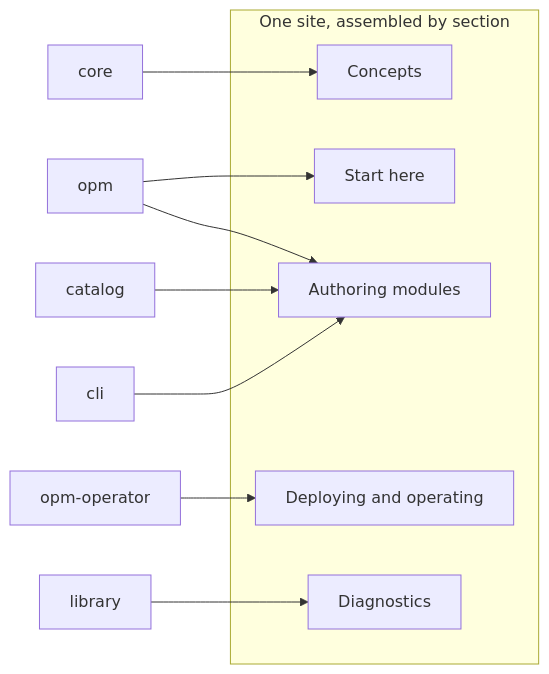
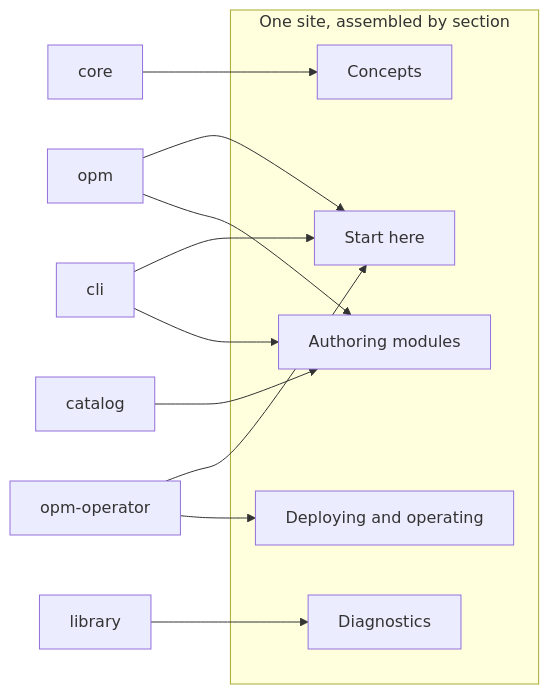
The diagram in 0018/02-design.md (open-platform-model/enhancements), drawn with Mermaid before and after one commit. The commit also changed other lines of this file and 2 other files, not shown here.

Commit message:
docs(0018): place the install pages under Start here (#77)
* docs(0018): add an Installation section to Start here

By the owner's decision of 2026-10-01, Start here gains an Installation section. D8 places each install page with the tool it installs: Install the CLI in cli, and Install the operator, which moves there from Deploying and operating, in opm-operator. The design's section table, ownership diagram and page inventory follow.

* docs(0018): list the install pages directly under Start here

---------

````diff
--- a/0018/02-design.md
+++ b/0018/02-design.md
@@ -100,17 +100,19 @@
 ```mermaid
 flowchart LR
     core["core"] --> concepts
     opm["opm"] --> start
     opm --> authoring
     catalog["catalog"] --> authoring
-    cli["cli"] --> authoring
-    operator["opm-operator"] --> operating
+    cli["cli"] --> start
+    cli --> authoring
+    operator["opm-operator"] --> start
+    operator --> operating
     library["library"] --> diagnostics
     subgraph site ["One site, assembled by section"]
         start["Start here"]
         concepts["Concepts"]
         authoring["Authoring modules"]
         operating["Deploying and operating"]
         diagnostics["Diagnostics"]
     end
 ```
````
